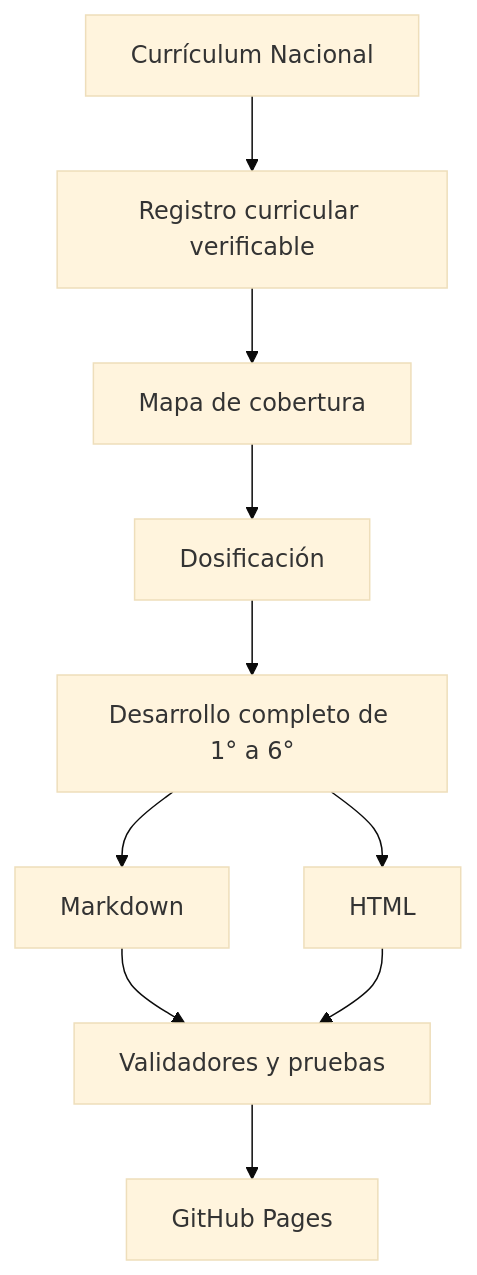
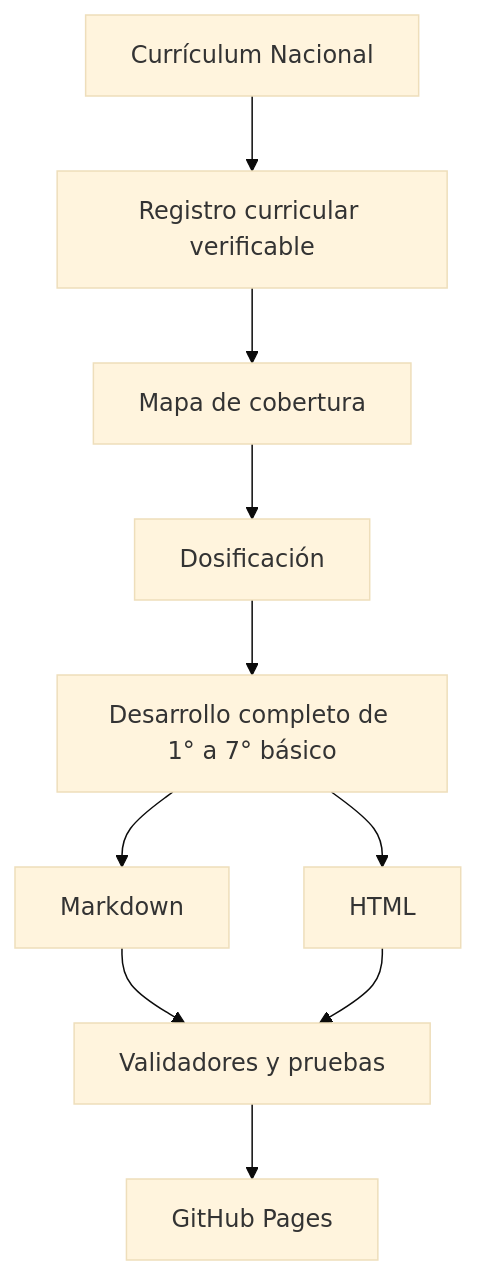
One commit to vladimiracunadev-create/chilean-school-learning-path changed the second of 2 diagrams in README.md. Above: the diagram before and after it, drawn with Mermaid (base theme). The commit also changed other lines of this file and 615 other files, not shown here.

````diff
--- a/README.md
+++ b/README.md
@@ -359,12 +362,12 @@
 ```mermaid
 flowchart TD
     A[Currículum Nacional] --> B[Registro curricular verificable]
     B --> C[Mapa de cobertura]
     C --> D[Dosificación]
-    D --> E[Desarrollo completo de 1° a 6°]
+    D --> E[Desarrollo completo de 1° a 7° básico]
     E --> F[Markdown]
     E --> G[HTML]
     F --> H[Validadores y pruebas]
     G --> H
     H --> I[GitHub Pages]
 ```
````
